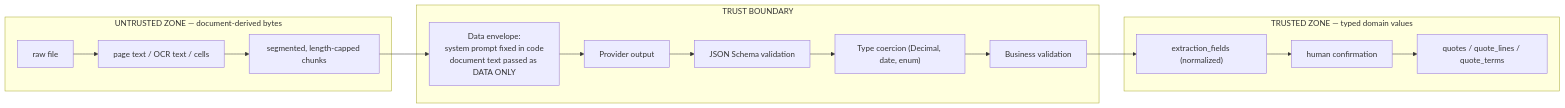
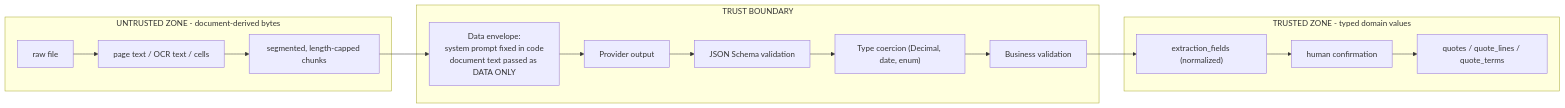
One commit to jonathanlan08/procurement-optimizer changed the second of 3 diagrams in docs/planning/04-document-pipeline.md. Above: the diagram before and after it, drawn with Mermaid. The commit also changed other lines of this file and 302 other files, not shown here.

````diff
--- a/docs/planning/04-document-pipeline.md
+++ b/docs/planning/04-document-pipeline.md
@@ -100,19 +100,19 @@
 ```mermaid
 flowchart LR
-  subgraph UNTRUSTED["UNTRUSTED ZONE — document-derived bytes"]
+  subgraph UNTRUSTED["UNTRUSTED ZONE - document-derived bytes"]
     RAW["raw file"] --> TXT["page text / OCR text / cells"]
     TXT --> SEG["segmented, length-capped chunks"]
   end
   subgraph BOUNDARY["TRUST BOUNDARY"]
     ENV["Data envelope:<br/>system prompt fixed in code<br/>document text passed as DATA ONLY"]
     OUT["Provider output"] --> SCH["JSON Schema validation"]
     SCH --> TYP["Type coercion (Decimal, date, enum)"]
     TYP --> BIZ["Business validation"]
   end
-  subgraph TRUSTED["TRUSTED ZONE — typed domain values"]
+  subgraph TRUSTED["TRUSTED ZONE - typed domain values"]
     FLD["extraction_fields (normalized)"] --> HUM["human confirmation"]
     HUM --> QT["quotes / quote_lines / quote_terms"]
   end
   SEG --> ENV --> OUT
   BIZ --> FLD
 ```
````
